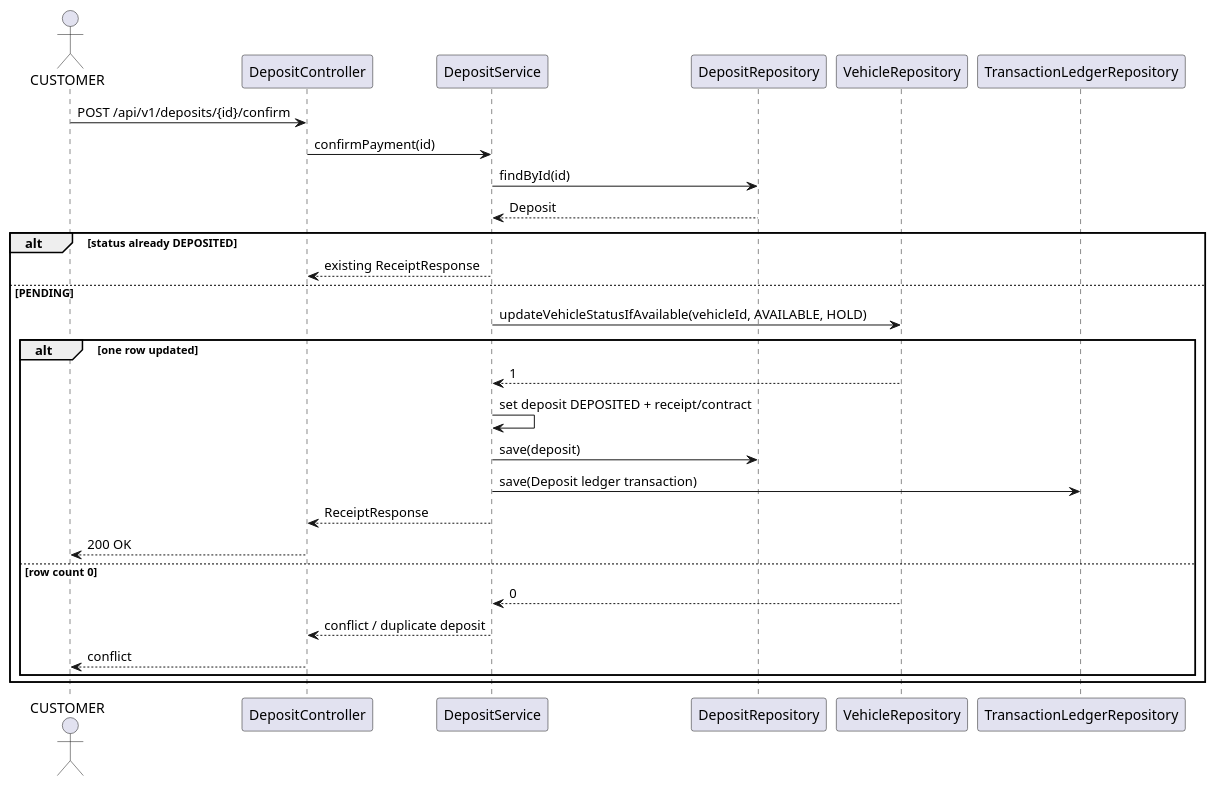
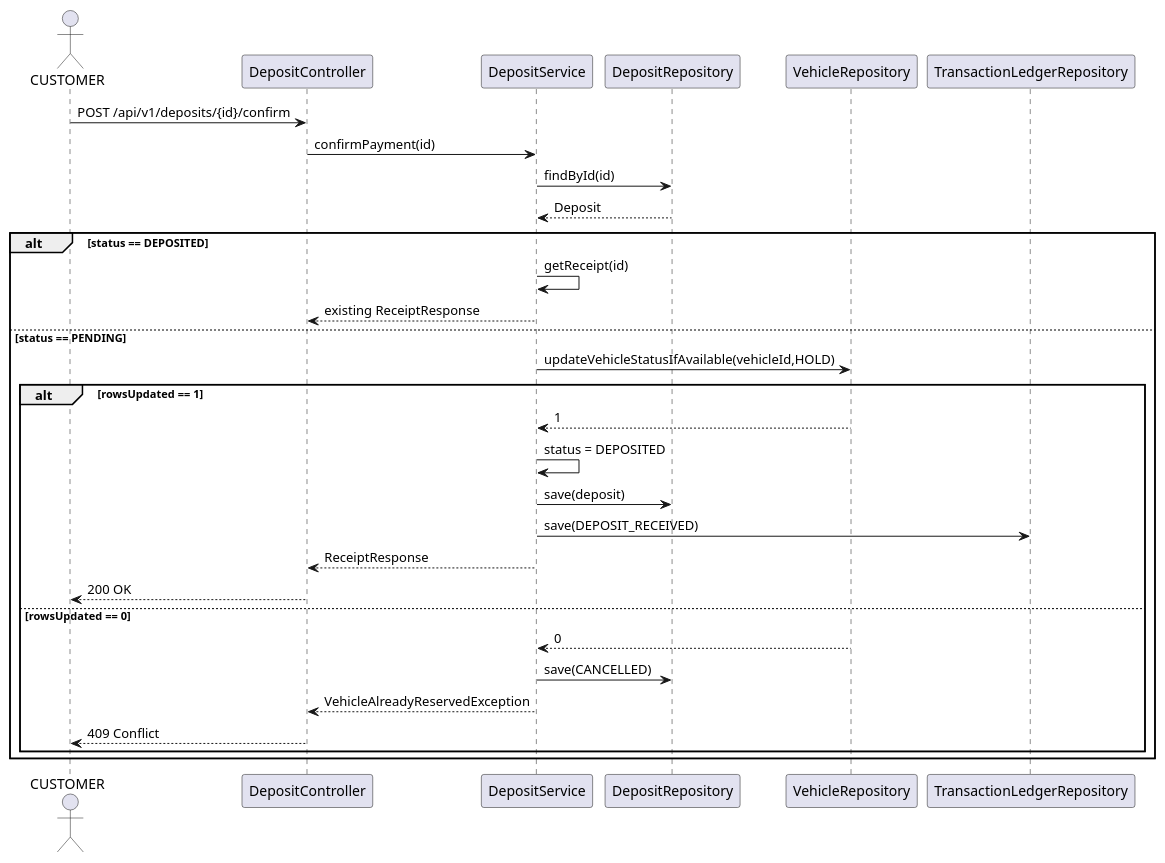
The sixth of 9 diagrams in docs/UML/Sequence_Diagrams.md (Trung-Khang/AutoTrade), drawn with PlantUML before and after one commit. The commit also changed other lines of this file and 9 other files, not shown here.

Commit message:
docs(TV5): cập nhật tài liệu UML, CSDL, SRS và báo cáo tiến độ TV5 - Sáng 1/10/2026

````diff
--- a/docs/UML/Sequence_Diagrams.md
+++ b/docs/UML/Sequence_Diagrams.md
@@ -123,33 +160,35 @@
 ```plantuml
 @startuml
 actor CUSTOMER
 participant "DepositController" as C
 participant "DepositService" as S
 participant "DepositRepository" as DR
 participant "VehicleRepository" as VR
 participant "TransactionLedgerRepository" as LR
 
 CUSTOMER -> C: POST /api/v1/deposits/{id}/confirm
 C -> S: confirmPayment(id)
 S -> DR: findById(id)
 DR --> S: Deposit
 
-alt status already DEPOSITED
+alt status == DEPOSITED
+  S -> S: getReceipt(id)
   S --> C: existing ReceiptResponse
-else PENDING
-  S -> VR: updateVehicleStatusIfAvailable(vehicleId, AVAILABLE, HOLD)
-  alt one row updated
+else status == PENDING
+  S -> VR: updateVehicleStatusIfAvailable(vehicleId,HOLD)
+  alt rowsUpdated == 1
     VR --> S: 1
-    S -> S: set deposit DEPOSITED + receipt/contract
+    S -> S: status = DEPOSITED
     S -> DR: save(deposit)
-    S -> LR: save(Deposit ledger transaction)
+    S -> LR: save(DEPOSIT_RECEIVED)
     S --> C: ReceiptResponse
     C --> CUSTOMER: 200 OK
-  else row count 0
+  else rowsUpdated == 0
     VR --> S: 0
-    S --> C: conflict / duplicate deposit
-    C --> CUSTOMER: conflict
+    S -> DR: save(CANCELLED)
+    S --> C: VehicleAlreadyReservedException
+    C --> CUSTOMER: 409 Conflict
   end
 end
 @enduml
 ```
````
